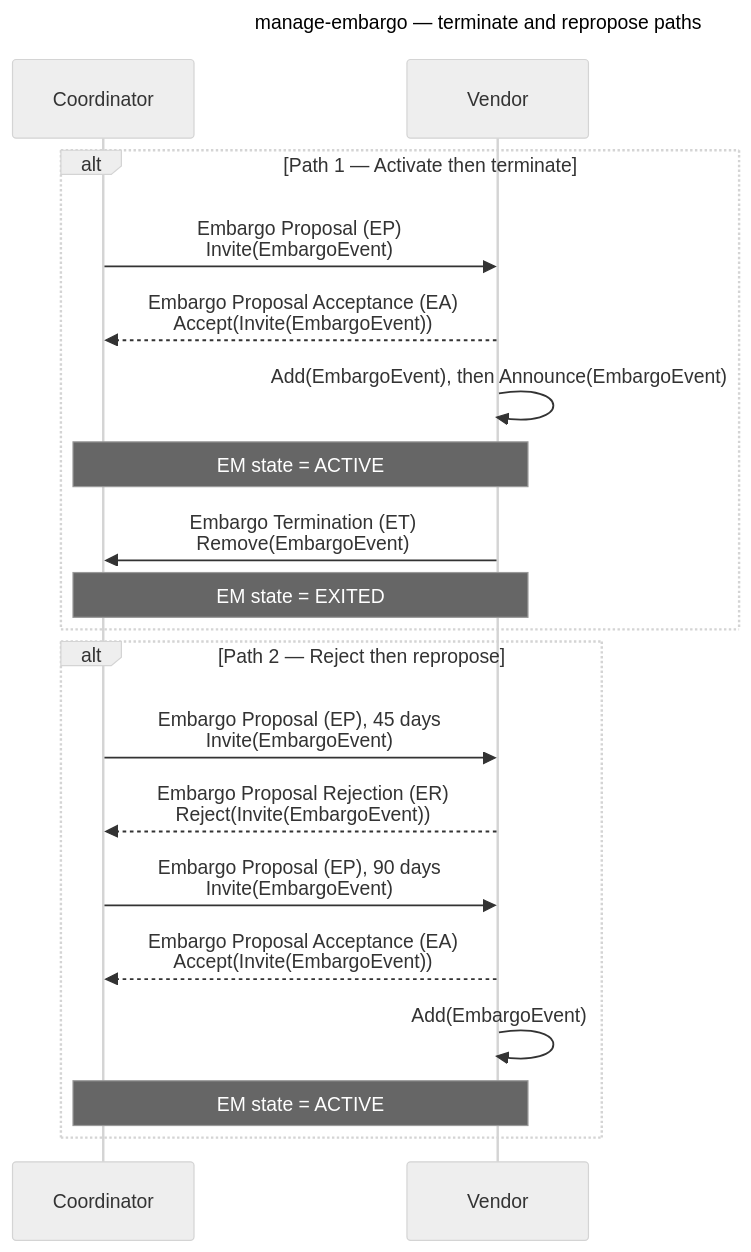
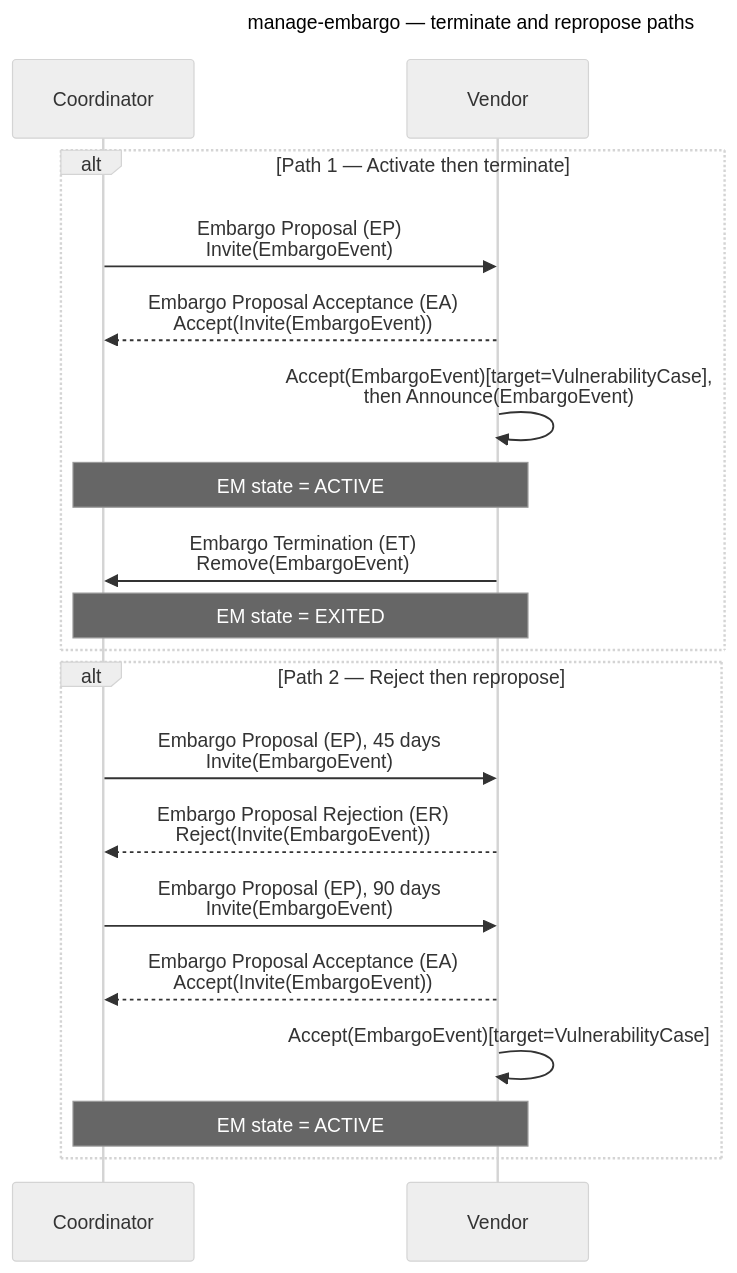
One commit to CERTCC/Vultron changed the seventh of 9 diagrams in docs/tutorials/other_demos.md. Above: the diagram before and after it, drawn with Mermaid (neutral theme). The commit also changed other lines of this file and 6 other files, not shown here.

````diff
--- a/docs/tutorials/other_demos.md
+++ b/docs/tutorials/other_demos.md
@@ -314,26 +314,26 @@
 ```mermaid
 ---
 title: manage-embargo — terminate and repropose paths
 ---
 sequenceDiagram
     participant C as Coordinator
     participant V as Vendor
 
     alt Path 1 — Activate then terminate
         C->>V: Embargo Proposal (EP)<br/>Invite(EmbargoEvent)
         V-->>C: Embargo Proposal Acceptance (EA)<br/>Accept(Invite(EmbargoEvent))
-        V->>V: Add(EmbargoEvent), then Announce(EmbargoEvent)
+        V->>V: Accept(EmbargoEvent)[target=VulnerabilityCase],<br/>then Announce(EmbargoEvent)
         Note over C,V: EM state = ACTIVE
         V->>C: Embargo Termination (ET)<br/>Remove(EmbargoEvent)
         Note over C,V: EM state = EXITED
     end
 
     alt Path 2 — Reject then repropose
         C->>V: Embargo Proposal (EP), 45 days<br/>Invite(EmbargoEvent)
         V-->>C: Embargo Proposal Rejection (ER)<br/>Reject(Invite(EmbargoEvent))
         C->>V: Embargo Proposal (EP), 90 days<br/>Invite(EmbargoEvent)
         V-->>C: Embargo Proposal Acceptance (EA)<br/>Accept(Invite(EmbargoEvent))
-        V->>V: Add(EmbargoEvent)
+        V->>V: Accept(EmbargoEvent)[target=VulnerabilityCase]
         Note over C,V: EM state = ACTIVE
     end
 ```
````
